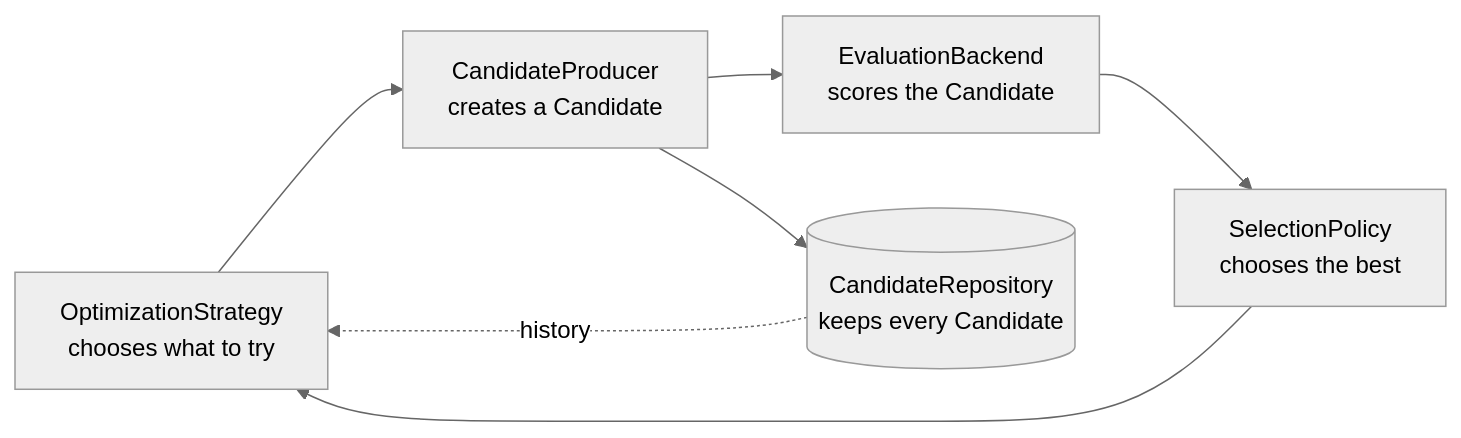
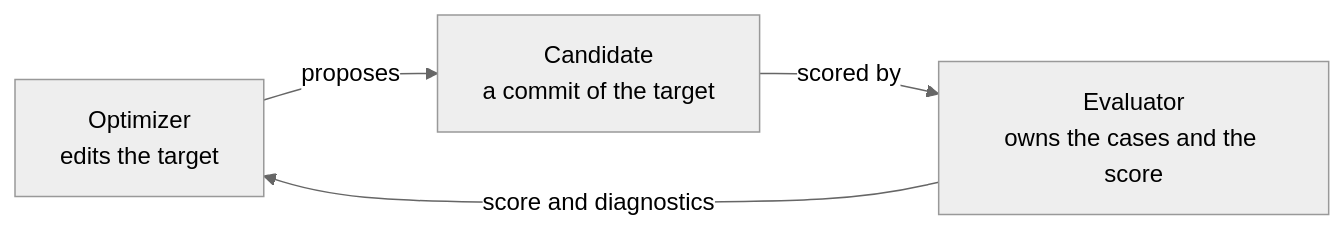
The diagram in README.md (scaleapi/vero), drawn with Mermaid (neutral theme) before and after one commit. The commit also changed other lines of this file and 1 other file, not shown here.

Commit message:
README: a minimal optimizer / candidate / evaluator loop that fits every backend

````diff
--- a/README.md
+++ b/README.md
@@ -26,12 +26,7 @@
 ```mermaid
 flowchart LR
-    S["OptimizationStrategy<br/>chooses what to try"]
-    P["CandidateProducer<br/>creates a Candidate"]
-    E["EvaluationBackend<br/>scores the Candidate"]
-    X["SelectionPolicy<br/>chooses the best"]
-    R[("CandidateRepository<br/>keeps every Candidate")]
-
-    S --> P --> E --> X --> S
-    P --> R
-    R -. history .-> S
+    O["Optimizer<br/>edits the target"]
+    C["Candidate<br/>a commit of the target"]
+    E["Evaluator<br/>owns the cases and the score"]
+    O -- proposes --> C -- scored by --> E -- score and diagnostics --> O
 ```
````
